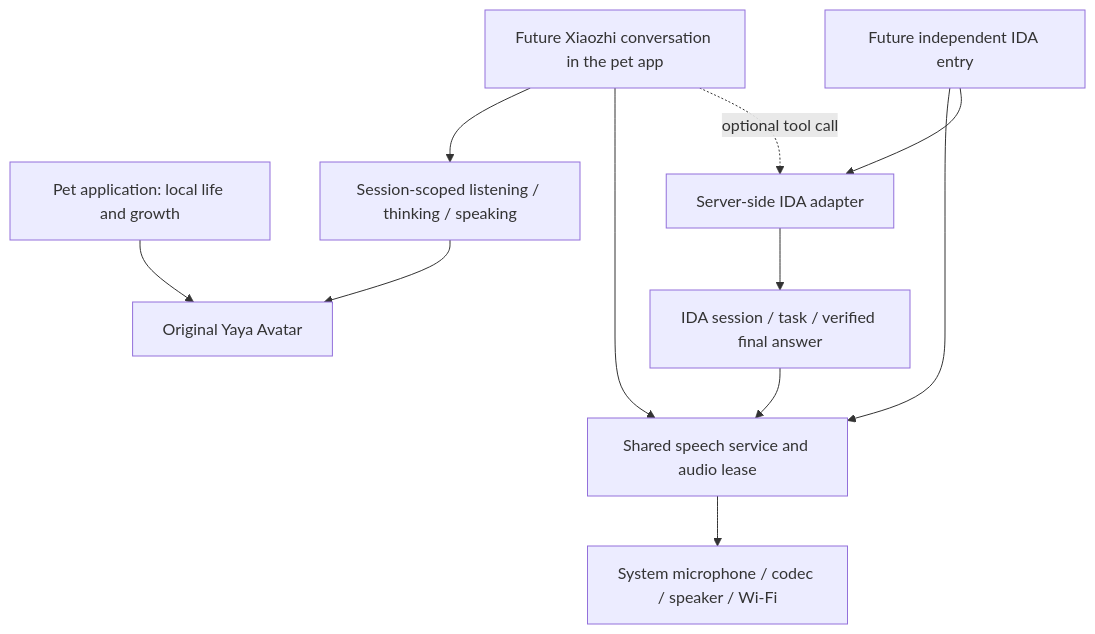
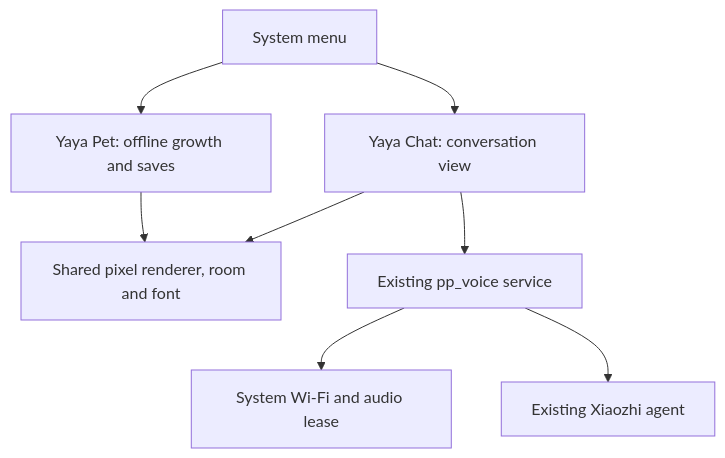
Before and after one commit to xibumianbao/ai-passport: the diagram in firmware/muyu/docs/voice-integration.md, drawn with Mermaid. The commit also changed other lines of this file and 48 other files, not shown here.

Commit message:
feat(passport): add pixel Yaya chat and slim system services

````diff
--- a/firmware/muyu/docs/voice-integration.md
+++ b/firmware/muyu/docs/voice-integration.md
@@ -9,13 +9,10 @@
 ```mermaid
 flowchart TD
-  A[Pet application: local life and growth] --> V[Original Yaya Avatar]
-  X[Future Xiaozhi conversation in the pet app] --> E[Session-scoped listening / thinking / speaking]
-  D[Standalone Xiaozhi application] --> S
-  E --> V
-  I[Future independent IDA entry] --> S[Shared speech service and audio lease]
-  X --> S
-  S --> M[System microphone / codec / speaker / Wi-Fi]
-  I --> G[Server-side IDA adapter]
-  X -. optional tool call .-> G
-  G --> D[IDA session / task / verified final answer]
+  Menu[System menu] --> Pet[Yaya Pet: offline growth and saves]
+  Menu --> Chat[Yaya Chat: conversation view]
+  Pet --> Art[Shared pixel renderer, room and font]
+  Chat --> Art
+  Chat --> Voice[Existing pp_voice service]
+  Voice --> System[System Wi-Fi and audio lease]
+  Voice --> Cloud[Existing Xiaozhi agent]
 ```
````
